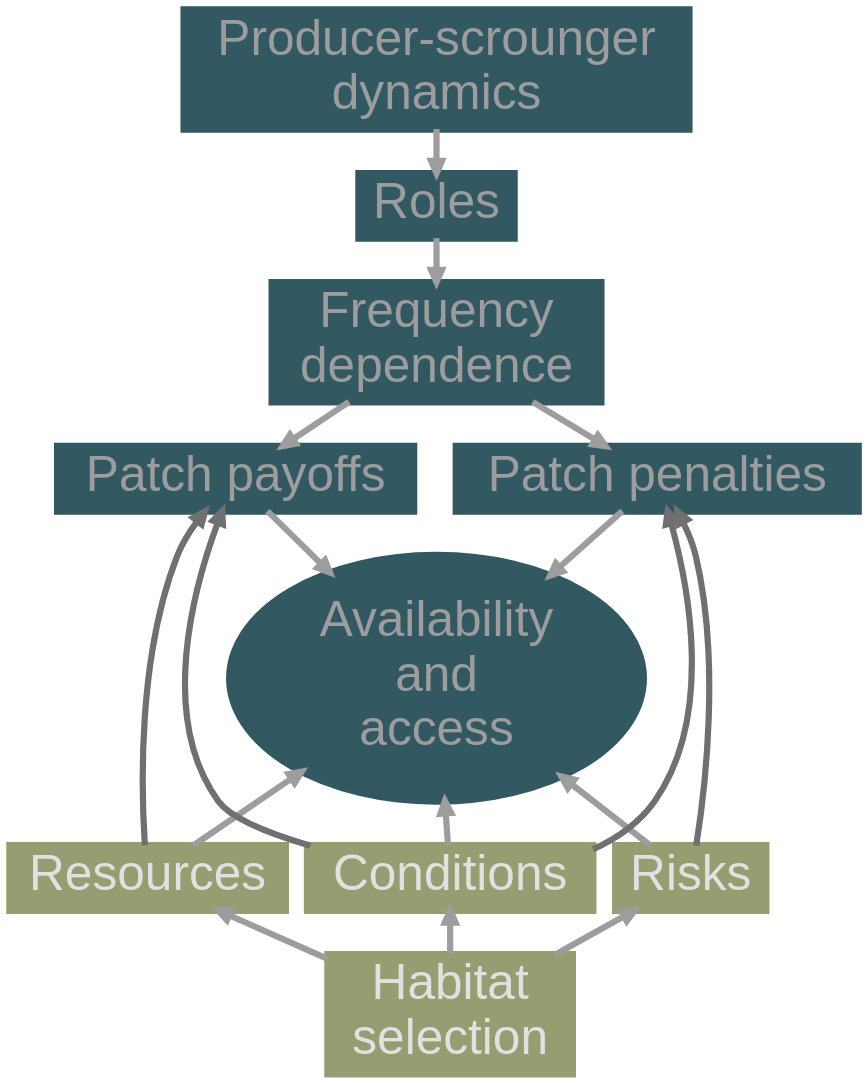
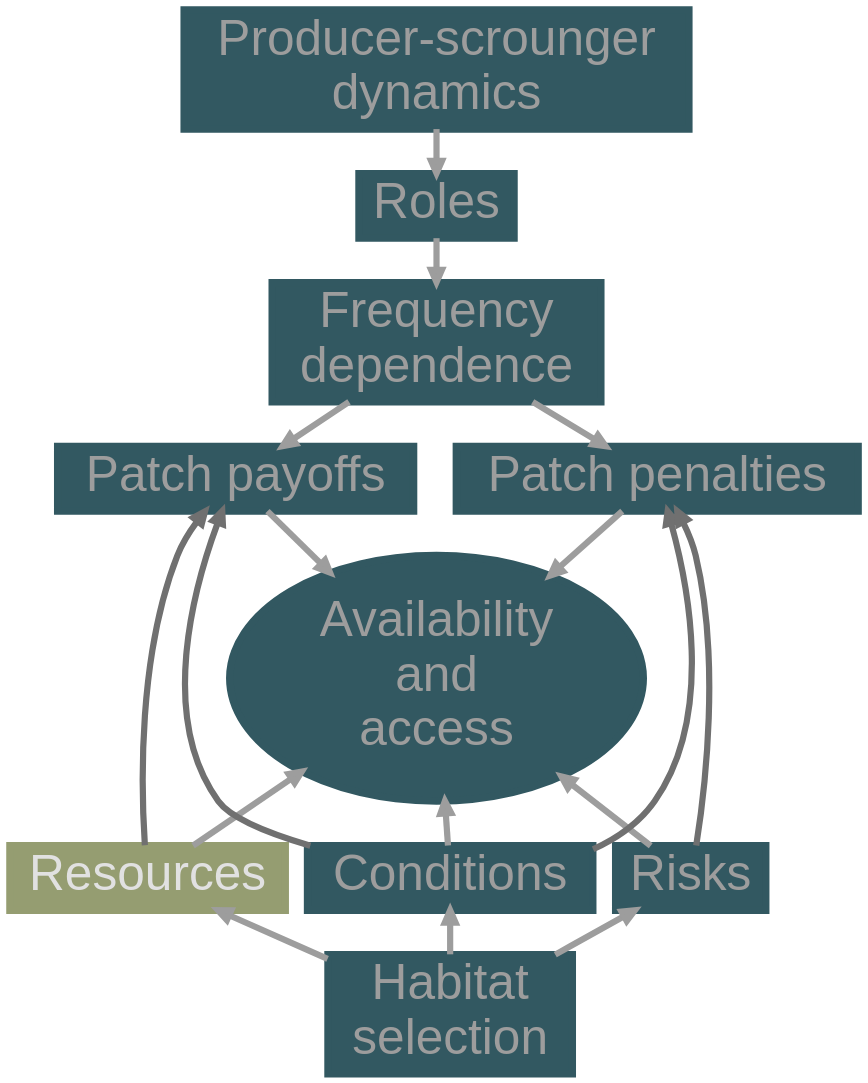
One commit to robitalec/comprehensive-exam changed the eighth of 10 diagrams in slides/slides.qmd. Above: the diagram before and after it, drawn with Graphviz. The commit also changed other lines of this file, not shown here.

````diff
--- a/slides/slides.qmd
+++ b/slides/slides.qmd
@@ -298,28 +427,28 @@
 ```{dot}
 //| fig-width: 3.5
 digraph habitat_and_producer {
   bgcolor = transparent;
   rankdir = TB
 	node [fontsize = 40, shape = box, fontname = Helvetica, fontcolor = "#9d9d9d", style = filled, color = "#325861", fillcolor = "#325861", penwidth = 6]
 	edge [penwidth = 5, color = "#9d9d9d"] 
-	Habitat [label = "Habitat\nselection", color = "#959D71", fillcolor = "#959D71", fontcolor = "#e1e1e1"]
+	Habitat [label = "Habitat\nselection"]
 	Resources [color = "#959D71", fillcolor = "#959D71", fontcolor = "#e1e1e1"]
-	Conditions [color = "#959D71", fillcolor = "#959D71", fontcolor = "#e1e1e1"]
-	Risks [color = "#959D71", fillcolor = "#959D71", fontcolor = "#e1e1e1"]
+	Conditions []
+	Risks []
 
     Roles []
 	access_avail [label = "Availability\nand\naccess", shape = ellipse]
 	ps_dyn [label = "Producer-scrounger\ndynamics"]
 	freq [label = "Frequency\ndependence"]
 	patch_penalties [label = "Patch penalties"]
 	patch_payoffs [label = "Patch payoffs"]
 
 	ps_dyn -> Roles -> freq -> {patch_penalties patch_payoffs}
 	{patch_penalties patch_payoffs} -> access_avail
 	access_avail -> {Resources Conditions Risks} [dir = back]
 	{patch_penalties} ->  Risks [color = "#707070", dir = back]
 	patch_payoffs -> Resources [color = "#707070", dir = back]
 	{patch_payoffs patch_penalties} -> Conditions [color = "#707070", dir = back]
 	{Resources Risks Conditions} -> Habitat [dir = back]
 }
 ```
````
